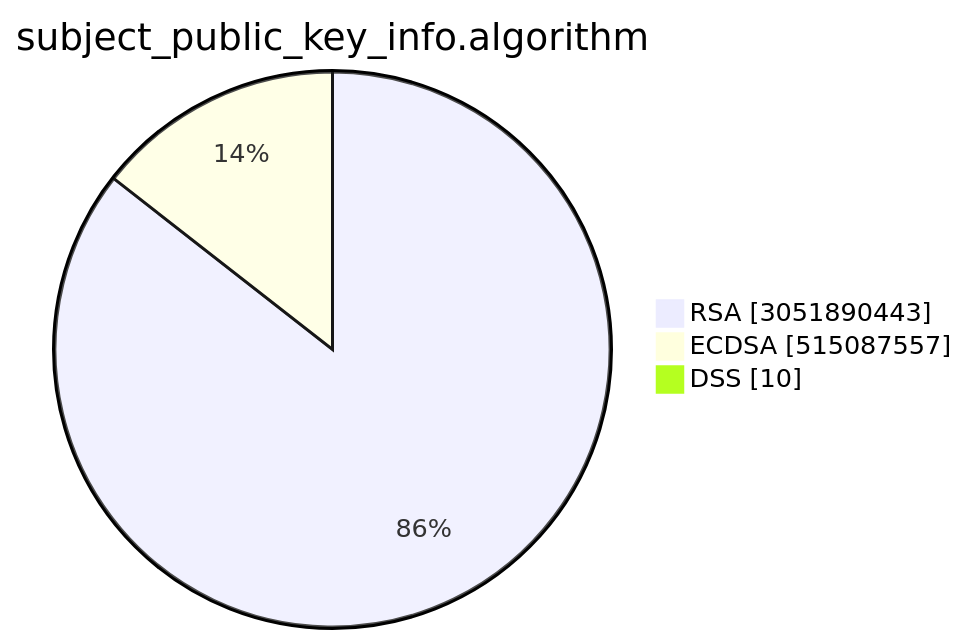
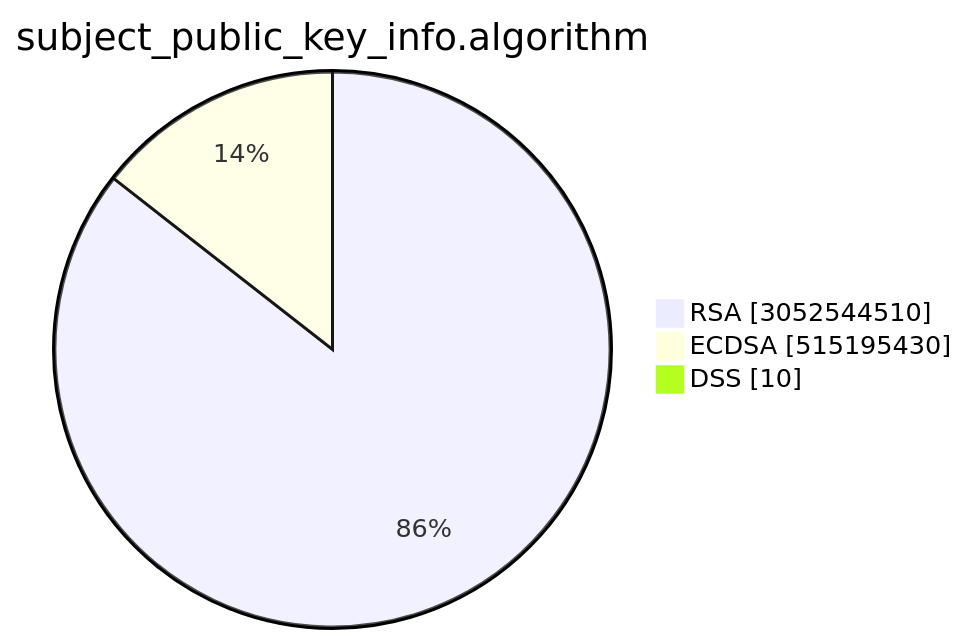
The second of 15 diagrams in TOTAL/README.md (christiankrug/ctmonitor_visualization), drawn with Mermaid before and after one commit. The commit also changed other lines of this file, not shown here.

````diff
--- a/TOTAL/README.md
+++ b/TOTAL/README.md
@@ -6,7 +6,7 @@
 ```mermaid
 pie showData
 title subject_public_key_info.algorithm
-"RSA" :3051890443
-"ECDSA" :515087557
+"RSA" :3052544510
+"ECDSA" :515195430
 "DSS" :10
 ```
````
